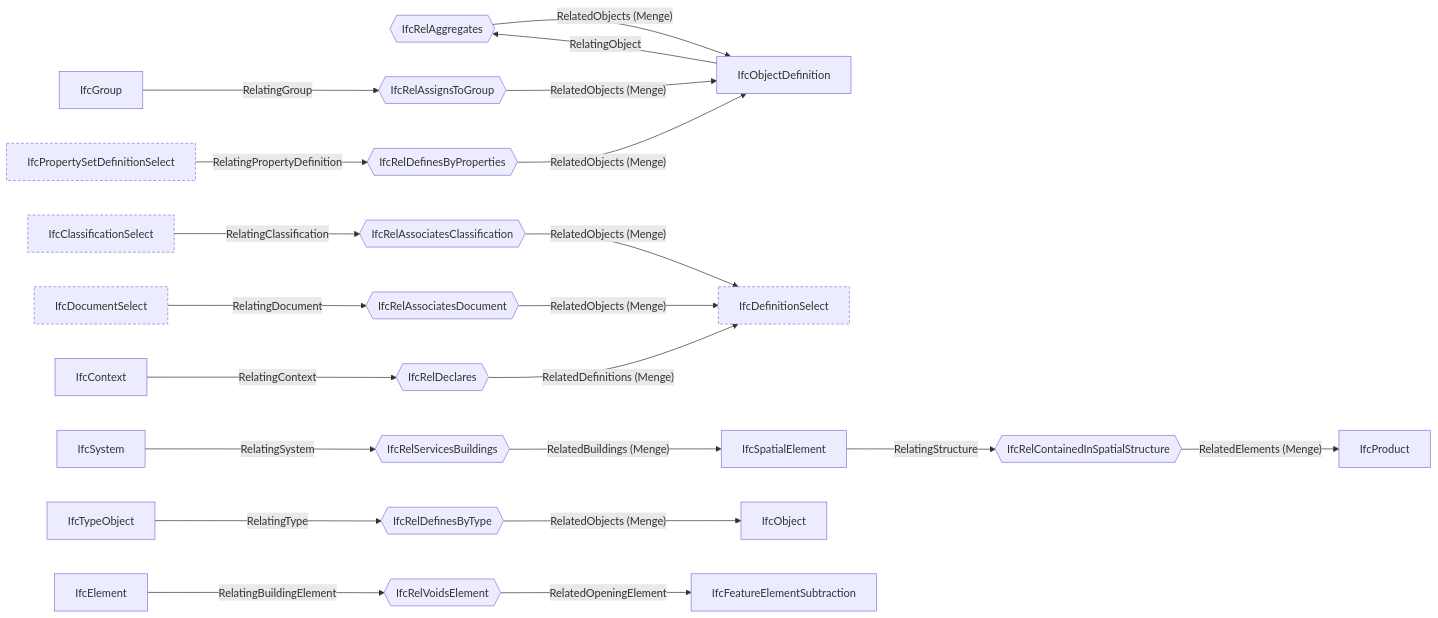
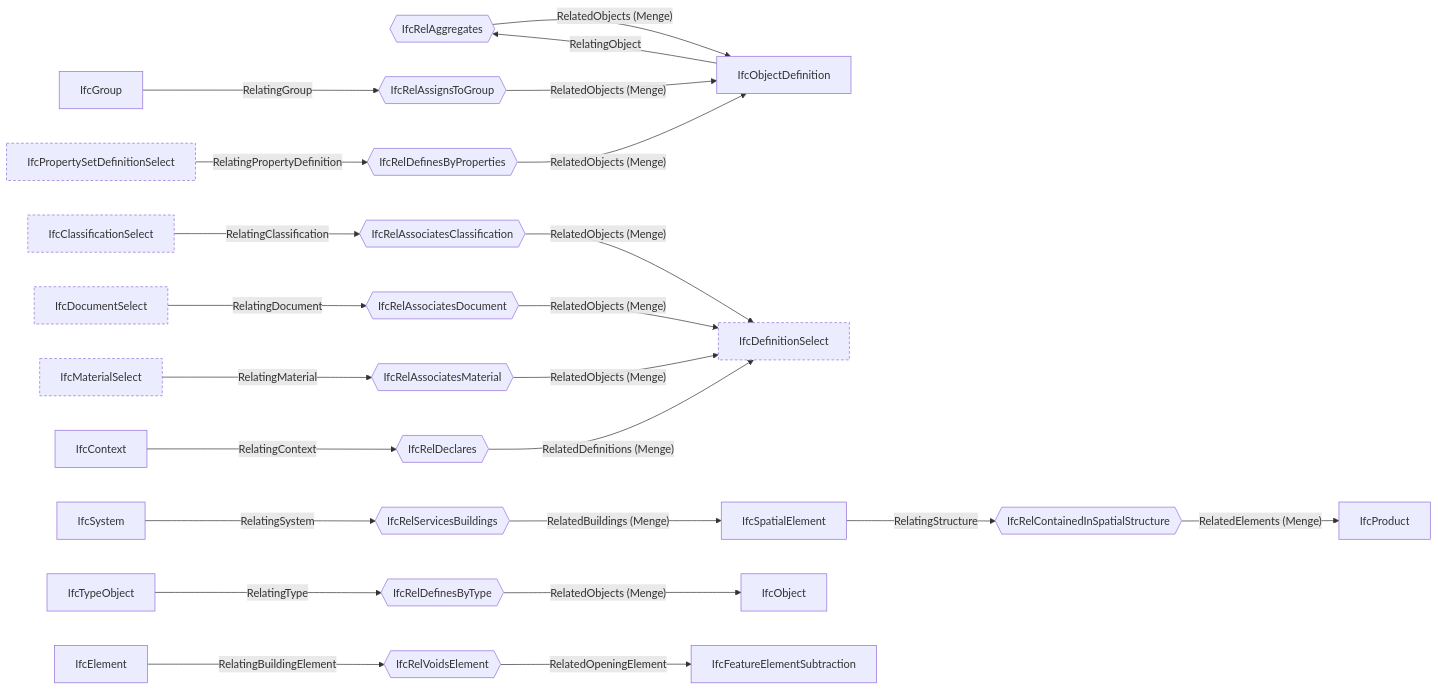
The diagram in docs/ifc/beziehungen.md (fabiologe/quagg_page_public), drawn with Mermaid before and after one commit. The commit also changed 11 other files, not shown here.

First line of the commit message:
BIMFY Sachdaten: Material als IfcMaterial, Lage ohne Hoehe im Satz

````diff
--- a/docs/ifc/beziehungen.md
+++ b/docs/ifc/beziehungen.md
@@ -7,37 +7,41 @@
 ```mermaid
 flowchart LR
   IfcRelAggregates{{IfcRelAggregates}}
   IfcObjectDefinition -->|"RelatingObject"| IfcRelAggregates
   IfcRelAggregates -->|"RelatedObjects (Menge)"| IfcObjectDefinition
   IfcRelAssignsToGroup{{IfcRelAssignsToGroup}}
   IfcRelAssignsToGroup -->|"RelatedObjects (Menge)"| IfcObjectDefinition
   IfcGroup -->|"RelatingGroup"| IfcRelAssignsToGroup
   IfcRelAssociatesClassification{{IfcRelAssociatesClassification}}
   IfcRelAssociatesClassification -->|"RelatedObjects (Menge)"| IfcDefinitionSelect
   IfcClassificationSelect -->|"RelatingClassification"| IfcRelAssociatesClassification
   IfcRelAssociatesDocument{{IfcRelAssociatesDocument}}
   IfcRelAssociatesDocument -->|"RelatedObjects (Menge)"| IfcDefinitionSelect
   IfcDocumentSelect -->|"RelatingDocument"| IfcRelAssociatesDocument
+  IfcRelAssociatesMaterial{{IfcRelAssociatesMaterial}}
+  IfcRelAssociatesMaterial -->|"RelatedObjects (Menge)"| IfcDefinitionSelect
+  IfcMaterialSelect -->|"RelatingMaterial"| IfcRelAssociatesMaterial
   IfcRelContainedInSpatialStructure{{IfcRelContainedInSpatialStructure}}
   IfcRelContainedInSpatialStructure -->|"RelatedElements (Menge)"| IfcProduct
   IfcSpatialElement -->|"RelatingStructure"| IfcRelContainedInSpatialStructure
   IfcRelDeclares{{IfcRelDeclares}}
   IfcContext -->|"RelatingContext"| IfcRelDeclares
   IfcRelDeclares -->|"RelatedDefinitions (Menge)"| IfcDefinitionSelect
   IfcRelDefinesByProperties{{IfcRelDefinesByProperties}}
   IfcRelDefinesByProperties -->|"RelatedObjects (Menge)"| IfcObjectDefinition
   IfcPropertySetDefinitionSelect -->|"RelatingPropertyDefinition"| IfcRelDefinesByProperties
   IfcRelDefinesByType{{IfcRelDefinesByType}}
   IfcRelDefinesByType -->|"RelatedObjects (Menge)"| IfcObject
   IfcTypeObject -->|"RelatingType"| IfcRelDefinesByType
   IfcRelServicesBuildings{{IfcRelServicesBuildings}}
   IfcSystem -->|"RelatingSystem"| IfcRelServicesBuildings
   IfcRelServicesBuildings -->|"RelatedBuildings (Menge)"| IfcSpatialElement
   IfcRelVoidsElement{{IfcRelVoidsElement}}
   IfcElement -->|"RelatingBuildingElement"| IfcRelVoidsElement
   IfcRelVoidsElement -->|"RelatedOpeningElement"| IfcFeatureElementSubtraction
   style IfcClassificationSelect stroke-dasharray: 4 3
   style IfcDefinitionSelect stroke-dasharray: 4 3
   style IfcDocumentSelect stroke-dasharray: 4 3
+  style IfcMaterialSelect stroke-dasharray: 4 3
   style IfcPropertySetDefinitionSelect stroke-dasharray: 4 3
 ```
````
